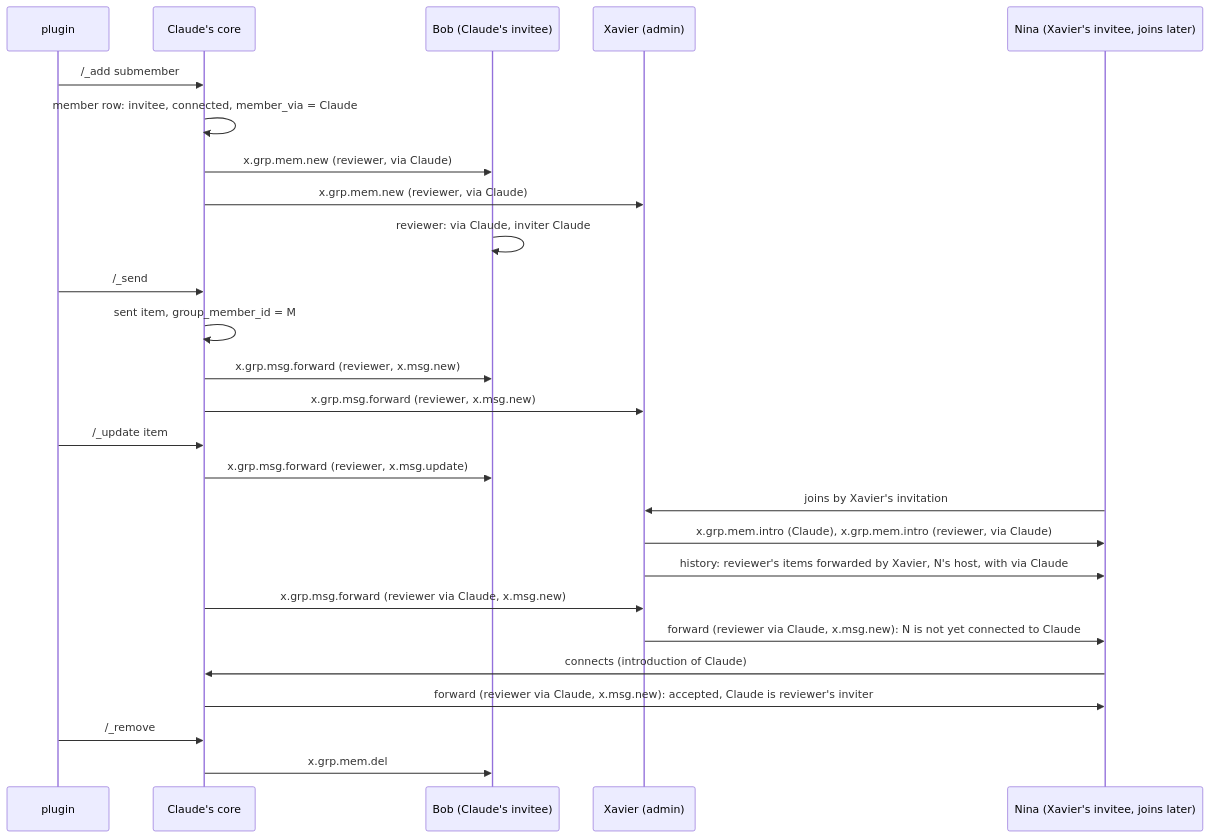
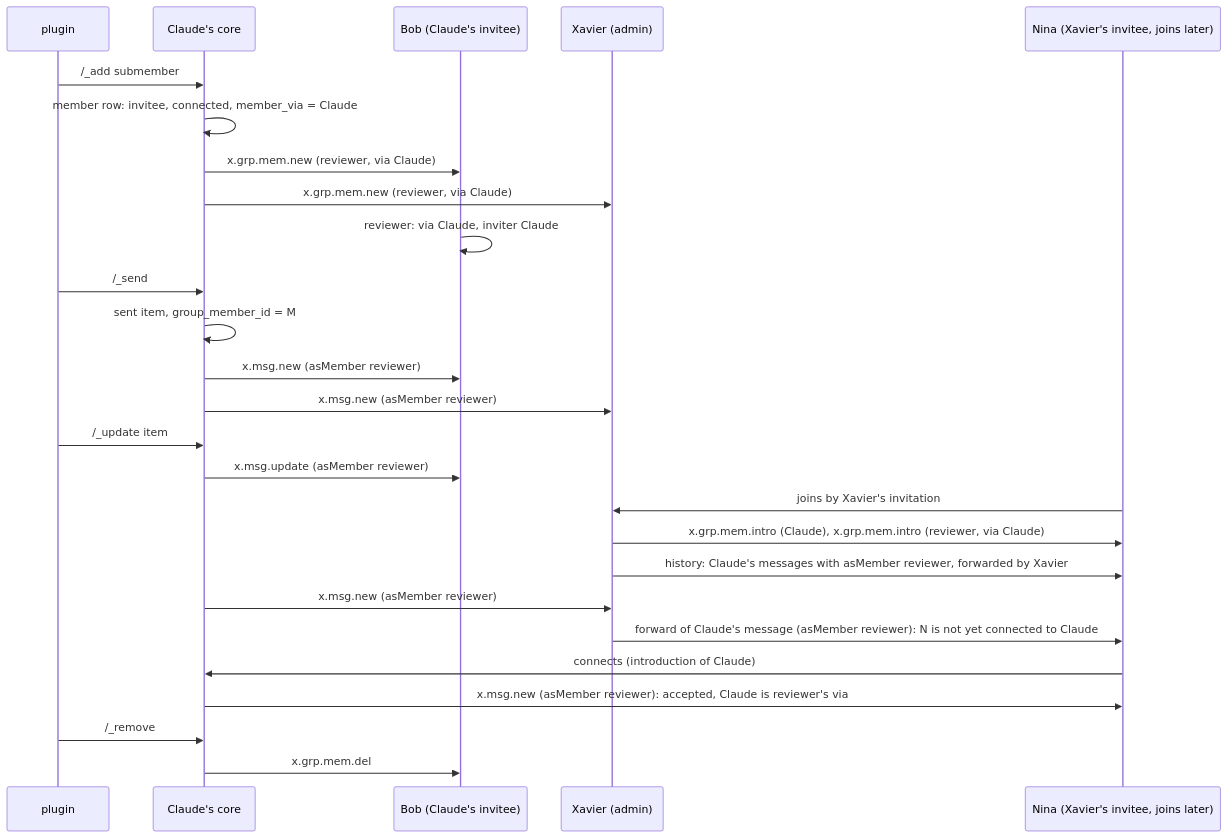
One commit to simplex-chat/simplex-chat changed the second of 4 diagrams in plans/2026-11-22-submembers.md. Above: the diagram before and after it, drawn with Mermaid. The commit also changed other lines of this file and 1 other file, not shown here.

Commit message:
plans: submember messages sent as the via member's messages with asMember

````diff
--- a/plans/2026-11-22-submembers.md
+++ b/plans/2026-11-22-submembers.md
@@ -196,28 +195,28 @@
 ```mermaid
 sequenceDiagram
   participant P as plugin
   participant C as Claude's core
   participant B as Bob (Claude's invitee)
   participant X as Xavier (admin)
   participant N as Nina (Xavier's invitee, joins later)
   P->>C: /_add submember #G member json PROFILE
   C->>C: member row: invitee, connected, member_via = Claude
   C->>B: x.grp.mem.new (reviewer, via Claude)
   C->>X: x.grp.mem.new (reviewer, via Claude)
   B->>B: reviewer: via Claude, inviter Claude
   P->>C: /_send #G(as_member=M) live=on json [...]
   C->>C: sent item, group_member_id = M
-  C->>B: x.grp.msg.forward (reviewer, x.msg.new)
-  C->>X: x.grp.msg.forward (reviewer, x.msg.new)
+  C->>B: x.msg.new (asMember reviewer)
+  C->>X: x.msg.new (asMember reviewer)
   P->>C: /_update item #G I live=off json [...]
-  C->>B: x.grp.msg.forward (reviewer, x.msg.update)
+  C->>B: x.msg.update (asMember reviewer)
   N->>X: joins by Xavier's invitation
   X->>N: x.grp.mem.intro (Claude), x.grp.mem.intro (reviewer, via Claude)
-  X->>N: history: reviewer's items forwarded by Xavier, N's host, with via Claude
-  C->>X: x.grp.msg.forward (reviewer via Claude, x.msg.new)
-  X->>N: forward (reviewer via Claude, x.msg.new): N is not yet connected to Claude
+  X->>N: history: Claude's messages with asMember reviewer, forwarded by Xavier
+  C->>X: x.msg.new (asMember reviewer)
+  X->>N: forward of Claude's message (asMember reviewer): N is not yet connected to Claude
   N->>C: connects (introduction of Claude)
-  C->>N: forward (reviewer via Claude, x.msg.new): accepted, Claude is reviewer's inviter
+  C->>N: x.msg.new (asMember reviewer): accepted, Claude is reviewer's via
   P->>C: /_remove #G M
   C->>B: x.grp.mem.del
 ```
````
